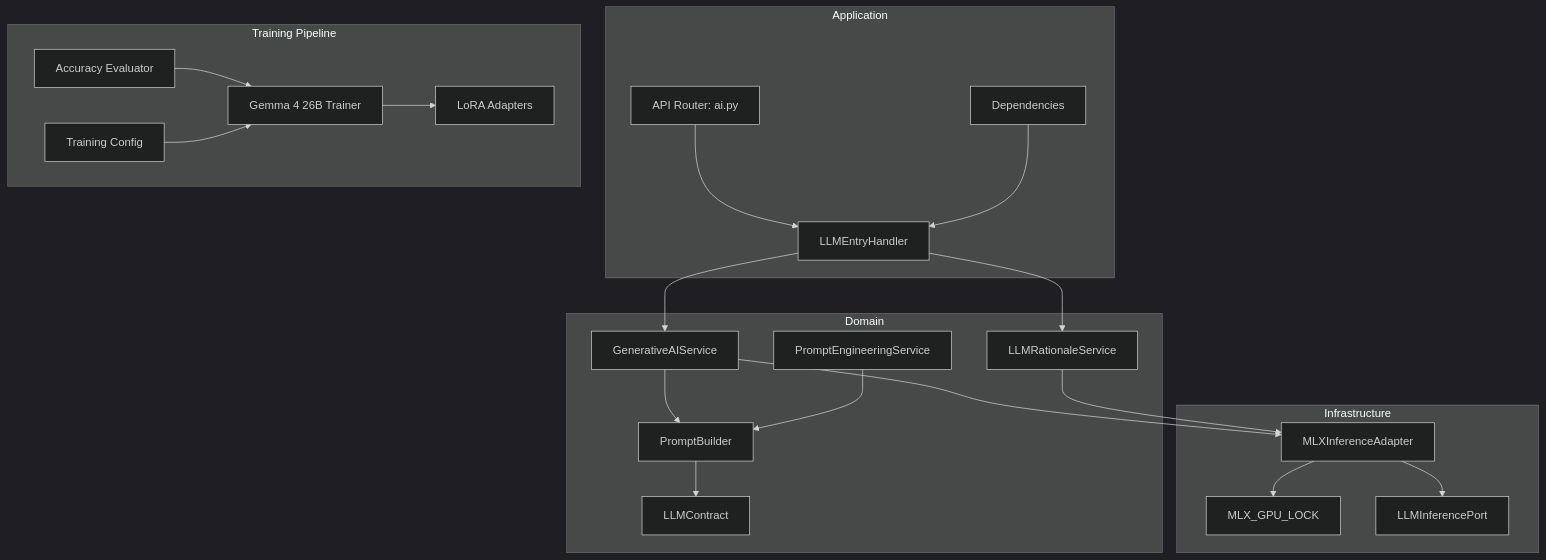
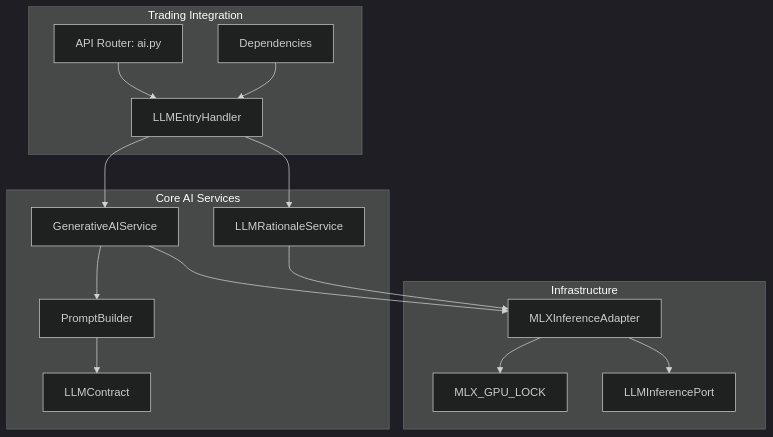
The first of 9 diagrams in .qoder/repowiki/en/content/Backend Application/Domain Services/AI Inference System.md (gemrajkhatry-maker/v5-of-glassytrade-ai), drawn with Mermaid (dark theme) before and after one commit. The commit also changed other lines of this file and 219 other files, not shown here.

First line of the commit message:
refactor: major architecture improvements across backend, backendv2, brokers, and frontend

````diff
--- a/.qoder/repowiki/en/content/Backend Application/Domain Services/AI Inference System.md
+++ b/.qoder/repowiki/en/content/Backend Application/Domain Services/AI Inference System.md
@@ -78,40 +56,29 @@
 ```mermaid
 graph TB
-subgraph "Domain"
+subgraph "Core AI Services"
 GAI["GenerativeAIService"]
 LLMC["LLMContract"]
 PB["PromptBuilder"]
-PES["PromptEngineeringService"]
 LRS["LLMRationaleService"]
 end
 subgraph "Infrastructure"
 MIA["MLXInferenceAdapter"]
 LOCK["MLX_GPU_LOCK"]
 PORT["LLMInferencePort"]
 end
-subgraph "Application"
+subgraph "Trading Integration"
 LEH["LLMEntryHandler"]
 API["API Router: ai.py"]
 DEPS["Dependencies"]
 end
-subgraph "Training Pipeline"
-TRAINER["Gemma 4 26B Trainer"]
-CONFIG["Training Config"]
-ADAPTER["LoRA Adapters"]
-EVAL["Accuracy Evaluator"]
-end
 GAI --> PB
 GAI --> MIA
 PB --> LLMC
-PES --> PB
 LRS --> MIA
 MIA --> LOCK
 MIA --> PORT
 LEH --> GAI
 LEH --> LRS
 API --> LEH
 DEPS --> LEH
-TRAINER --> ADAPTER
-EVAL --> TRAINER
-CONFIG --> TRAINER
 ```
````
